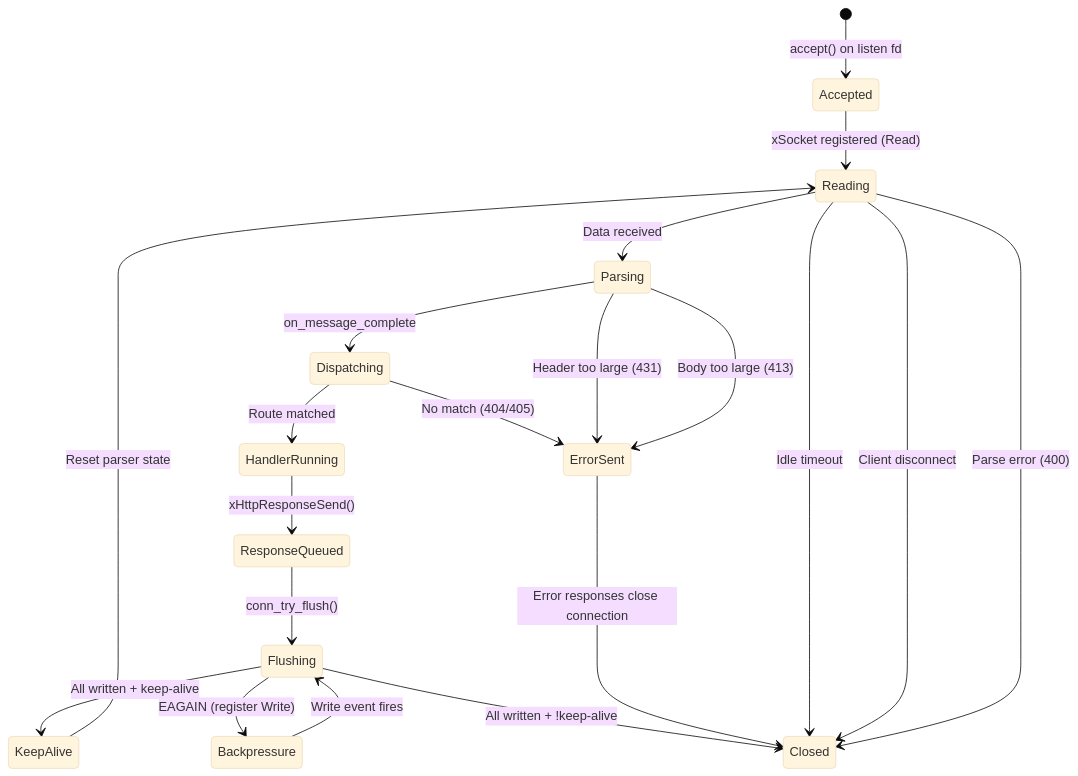
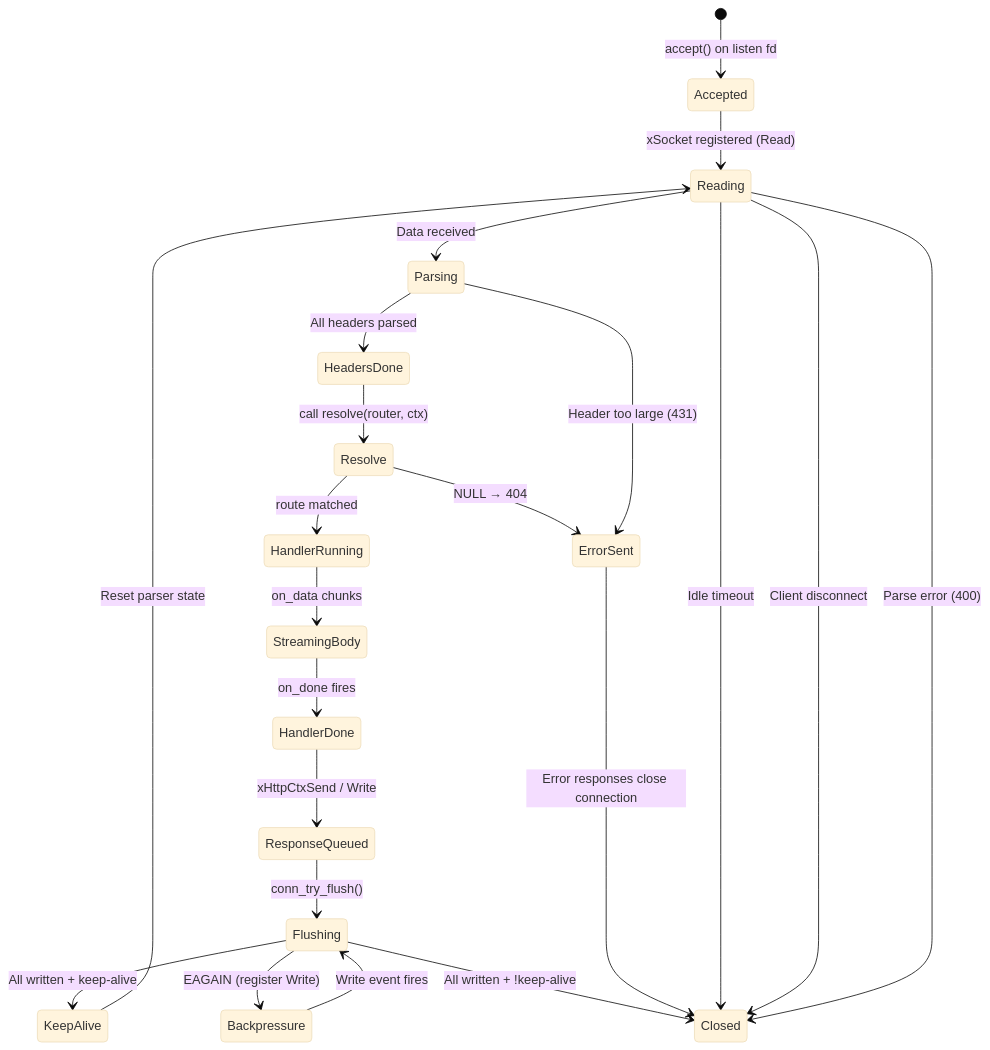
Before and after one commit to mivinci/x: the second of 3 diagrams in docs/libx/http/server.md, drawn with Mermaid (base theme). The commit also changed other lines of this file and 6 other files, not shown here.

First line of the commit message:
Rewrite all HTTP module docs for unified xHttpCtx API

````diff
--- a/docs/libx/http/server.md
+++ b/docs/libx/http/server.md
@@ -518,23 +505,25 @@
 ```mermaid
 stateDiagram-v2
     [*] --> Accepted: accept() on listen fd
     Accepted --> Reading: xSocket registered (Read)
     Reading --> Parsing: Data received
-    Parsing --> Dispatching: on_message_complete
-    Dispatching --> HandlerRunning: Route matched
-    Dispatching --> ErrorSent: No match (404/405)
-    HandlerRunning --> ResponseQueued: xHttpResponseSend()
+    Parsing --> HeadersDone: All headers parsed
+    HeadersDone --> Resolve: call resolve(router, ctx)
+    Resolve --> HandlerRunning: route matched
+    Resolve --> ErrorSent: NULL → 404
+    HandlerRunning --> StreamingBody: on_data chunks
+    StreamingBody --> HandlerDone: on_done fires
+    HandlerDone --> ResponseQueued: xHttpCtxSend / Write
     ResponseQueued --> Flushing: conn_try_flush()
     Flushing --> KeepAlive: All written + keep-alive
     Flushing --> Backpressure: EAGAIN (register Write)
     Backpressure --> Flushing: Write event fires
     KeepAlive --> Reading: Reset parser state
     Flushing --> Closed: All written + !keep-alive
     ErrorSent --> Closed: Error responses close connection
 
     Reading --> Closed: Idle timeout
     Reading --> Closed: Client disconnect
     Reading --> Closed: Parse error (400)
     Parsing --> ErrorSent: Header too large (431)
-    Parsing --> ErrorSent: Body too large (413)
 ```
````
